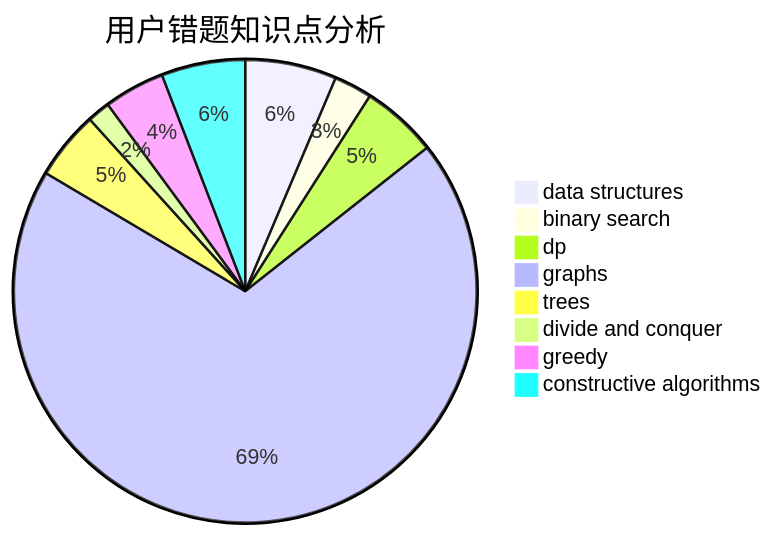
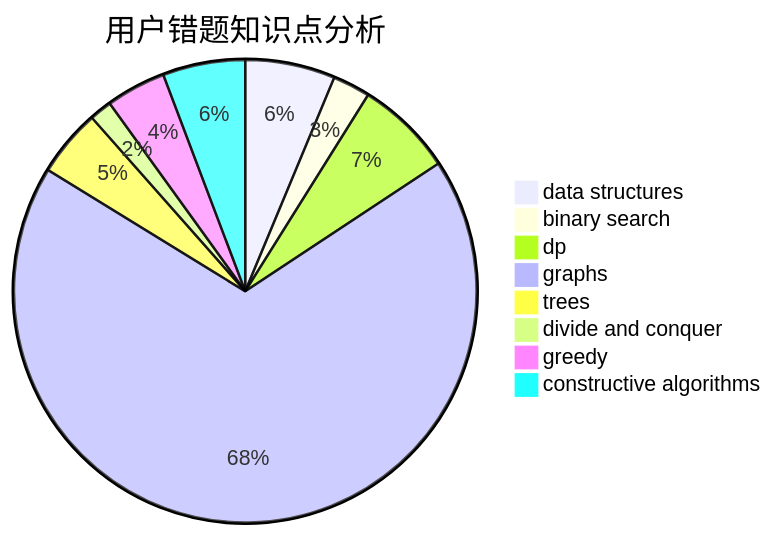
The third of 3 diagrams in docs/user/u247.md (sherpahu/cfrs.github.io), drawn with Mermaid before and after one commit. The commit also changed other lines of this file and 2770 other files, not shown here.

````diff
--- a/docs/user/u247.md
+++ b/docs/user/u247.md
@@ -36,11 +36,11 @@
 ```mermaid
 pie title 用户错题知识点分析
     "data structures" :  12
     "binary search" :  5
-    "dp" :  10
+    "dp" :  13
     "graphs" :  130
     "trees" :  9
     "divide and conquer" :  3
     "greedy" :  8
     "constructive algorithms" :  11
 ```
````
